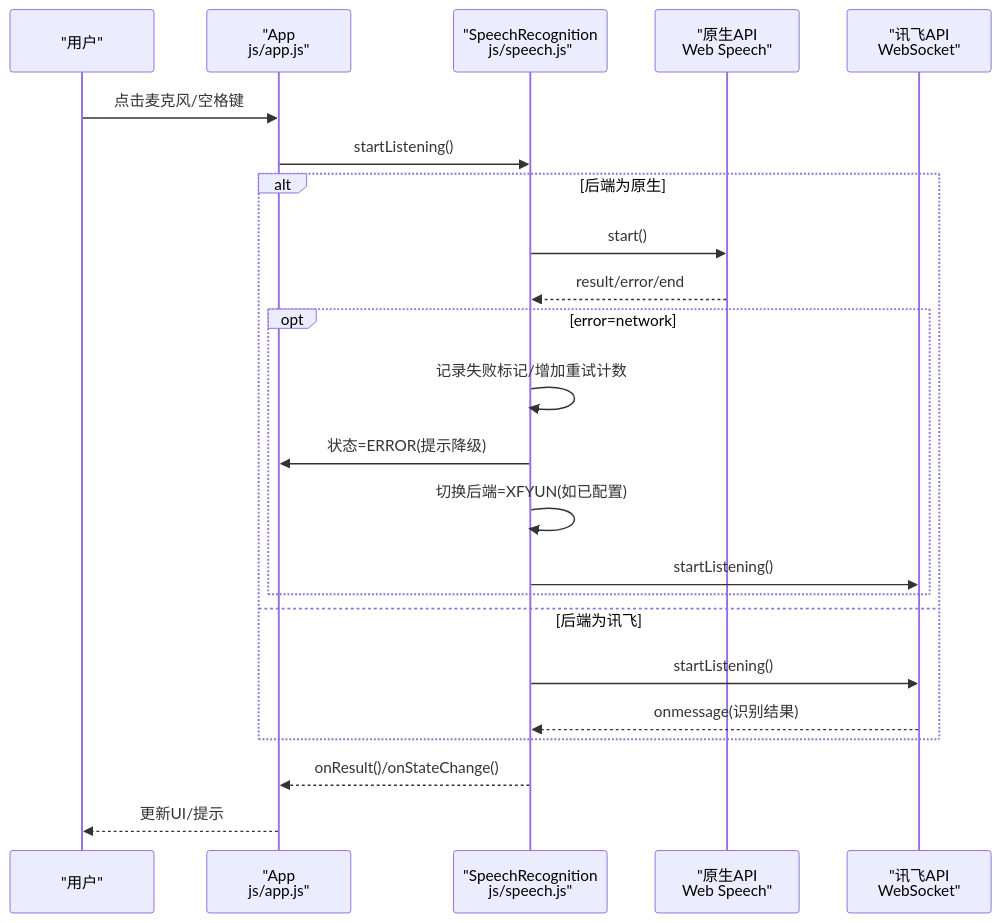
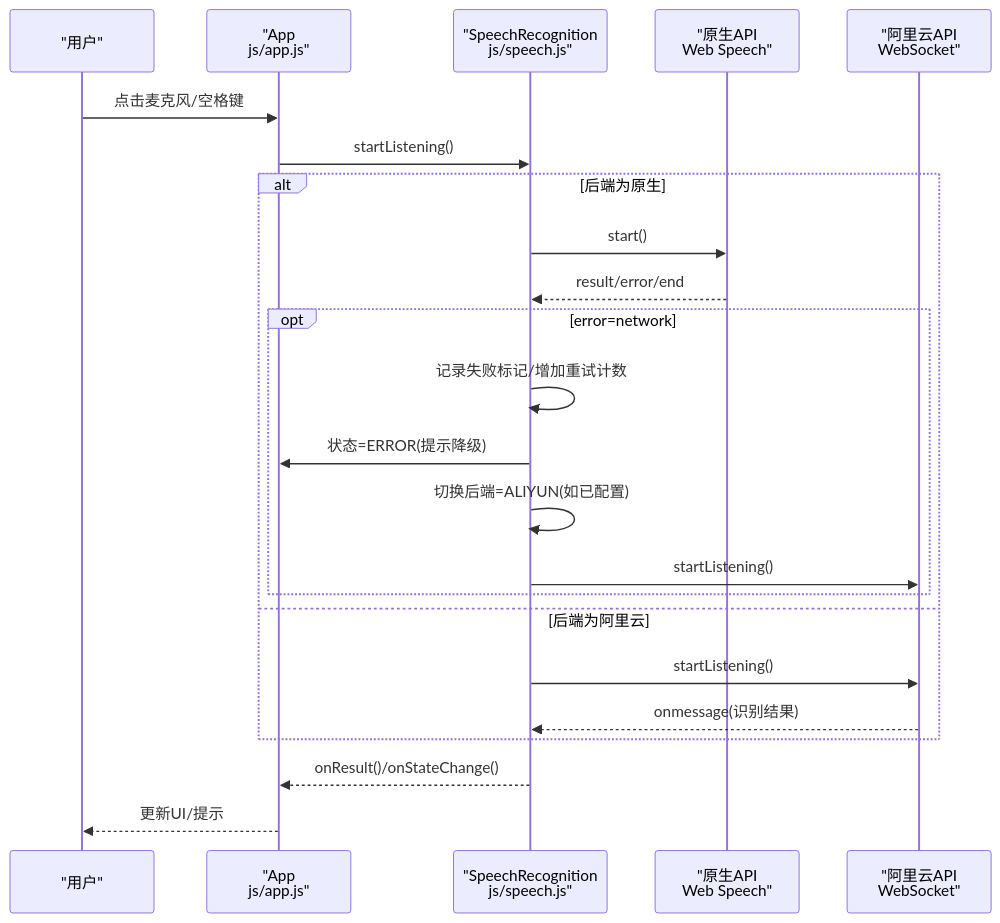
One commit to db300/MySpeechRecognition changed the second of 5 diagrams in .qoder/repowiki/zh/content/语音识别模块详解/错误处理与恢复.md. Above: the diagram before and after it, drawn with Mermaid. The commit also changed other lines of this file and 10 other files, not shown here.

````diff
--- a/.qoder/repowiki/zh/content/语音识别模块详解/错误处理与恢复.md
+++ b/.qoder/repowiki/zh/content/语音识别模块详解/错误处理与恢复.md
@@ -98,25 +98,25 @@
 ```mermaid
 sequenceDiagram
 participant U as "用户"
 participant A as "App<br/>js/app.js"
 participant S as "SpeechRecognition<br/>js/speech.js"
 participant N as "原生API<br/>Web Speech"
-participant X as "讯飞API<br/>WebSocket"
+participant X as "阿里云API<br/>WebSocket"
 U->>A : 点击麦克风/空格键
 A->>S : startListening()
 alt 后端为原生
 S->>N : start()
 N-->>S : result/error/end
 opt error=network
 S->>S : 记录失败标记/增加重试计数
 S->>A : 状态=ERROR(提示降级)
-S->>S : 切换后端=XFYUN(如已配置)
+S->>S : 切换后端=ALIYUN(如已配置)
 S->>X : startListening()
 end
-else 后端为讯飞
+else 后端为阿里云
 S->>X : startListening()
 X-->>S : onmessage(识别结果)
 end
 S-->>A : onResult()/onStateChange()
 A-->>U : 更新UI/提示
 ```
````
